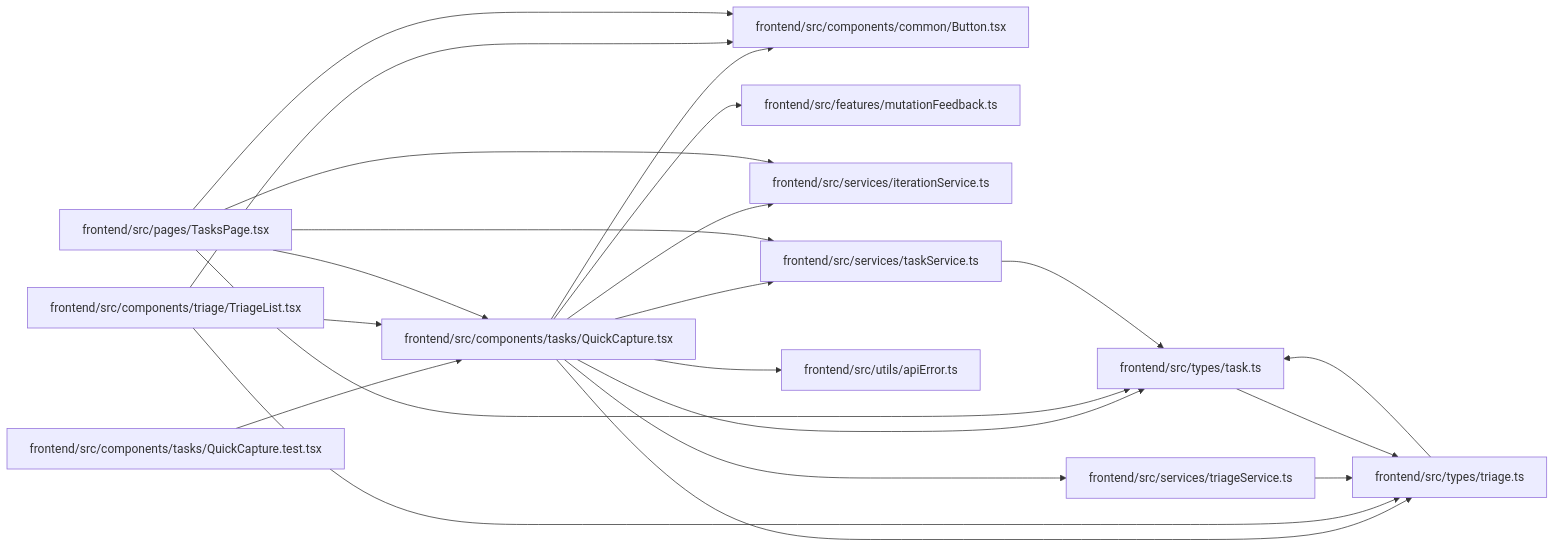
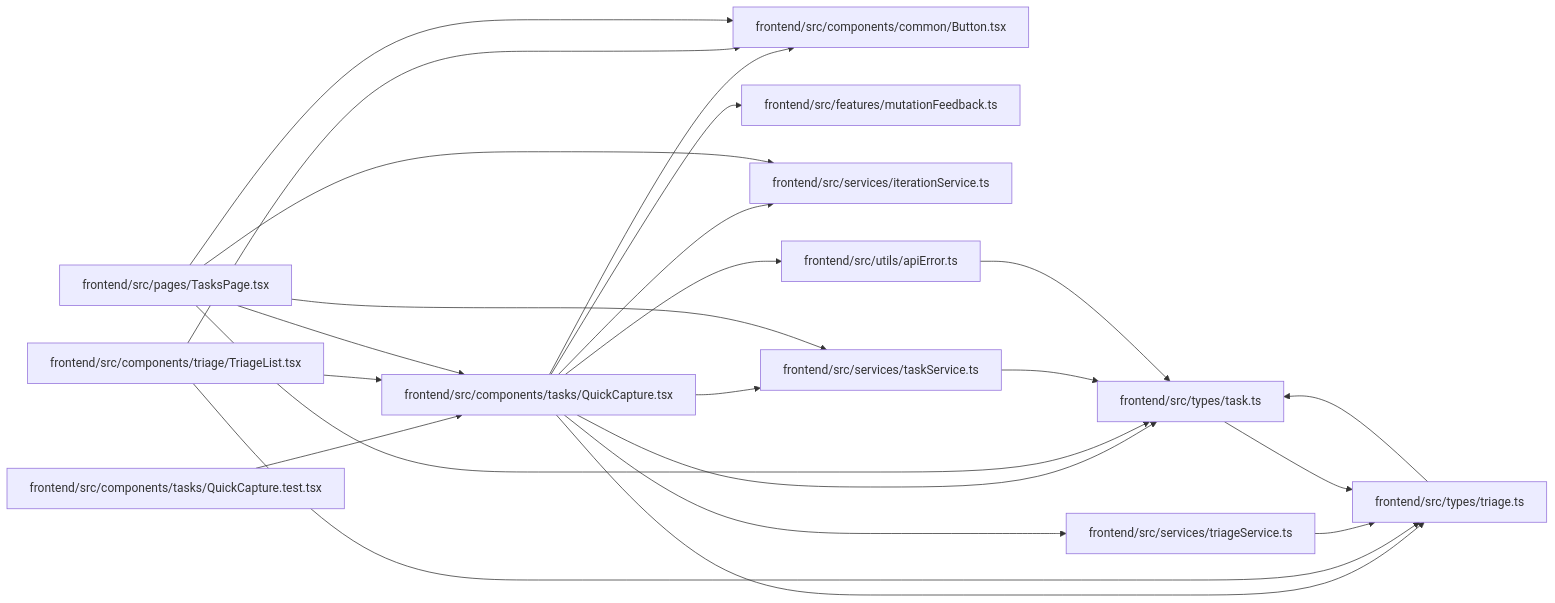
The diagram in docs/llm_wiki/modules/QuickCapture.md (Denissvgn/WorkChord), drawn with Mermaid before and after one commit. The commit also changed 733 other files, not shown here.

Commit message:
Sync the architectural wiki for refusal next steps

````diff
--- a/docs/llm_wiki/modules/QuickCapture.md
+++ b/docs/llm_wiki/modules/QuickCapture.md
@@ -40,48 +40,49 @@
 ```mermaid
 flowchart LR
     n0["frontend/src/components/common/Button.tsx"]
     n1["frontend/src/components/tasks/QuickCapture.test.tsx"]
     n2["frontend/src/components/tasks/QuickCapture.tsx"]
     n3["frontend/src/components/triage/TriageList.tsx"]
     n4["frontend/src/features/mutationFeedback.ts"]
     n5["frontend/src/pages/TasksPage.tsx"]
     n6["frontend/src/services/iterationService.ts"]
     n7["frontend/src/services/taskService.ts"]
     n8["frontend/src/services/triageService.ts"]
     n9["frontend/src/types/task.ts"]
     n10["frontend/src/types/triage.ts"]
     n11["frontend/src/utils/apiError.ts"]
     n1 --> n2
     n2 --> n0
     n2 --> n4
     n2 --> n6
     n2 --> n7
     n2 --> n8
     n2 --> n9
     n2 --> n10
     n2 --> n11
     n3 --> n0
     n3 --> n2
     n3 --> n10
     n5 --> n0
     n5 --> n2
     n5 --> n6
     n5 --> n7
     n5 --> n9
     n7 --> n9
     n8 --> n10
     n9 --> n10
     n10 --> n9
+    n11 --> n9
     click n0 "../modules/Button.md"
     click n1 "../modules/QuickCapture.test.md"
     click n2 "../modules/QuickCapture.md"
     click n3 "../modules/TriageList.md"
     click n4 "../modules/mutationFeedback.md"
     click n5 "../modules/TasksPage.md"
     click n6 "../modules/iterationService.md"
     click n7 "../modules/taskService.md"
     click n8 "../modules/triageService.md"
     click n9 "../modules/types_task.md"
     click n10 "../modules/types_triage.md"
     click n11 "../modules/apiError.md"
 ```
````
